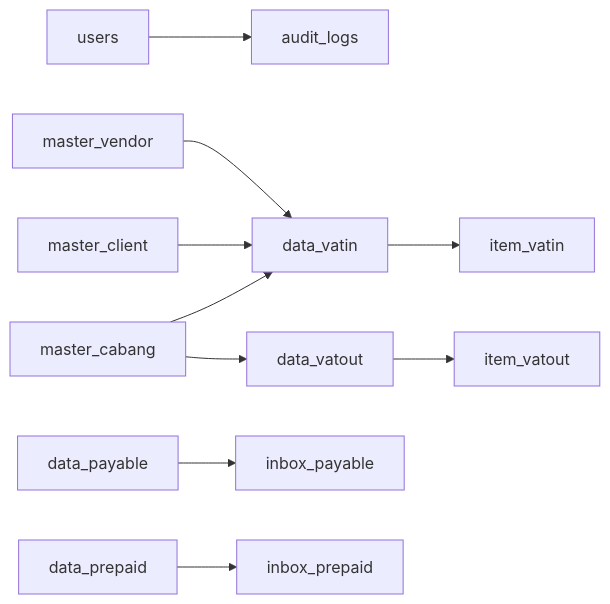
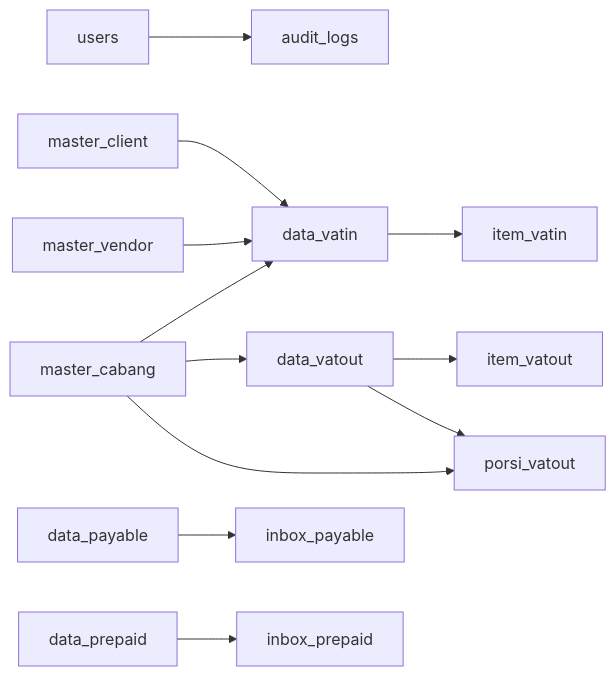
Before and after one commit to rendisiagian/TDS_by_RENDISIAGIAN: the sixth of 6 diagrams in .qoder/repowiki/en/content/Database Schema & Management.md, drawn with Mermaid. The commit also changed other lines of this file and 91 other files, not shown here.

````diff
--- a/.qoder/repowiki/en/content/Database Schema & Management.md
+++ b/.qoder/repowiki/en/content/Database Schema & Management.md
@@ -363,12 +432,14 @@
 ```mermaid
 graph LR
 USERS["users"] --> AUDIT["audit_logs"]
 MASTER_CABANG["master_cabang"] --> DATA_VATIN["data_vatin"]
 MASTER_CABANG --> DATA_VATOUT["data_vatout"]
 MASTER_CLIENT["master_client"] --> DATA_VATIN
 MASTER_VENDOR["master_vendor"] --> DATA_VATIN
 DATA_VATIN --> ITEM_VATIN["item_vatin"]
 DATA_VATOUT --> ITEM_VATOUT["item_vatout"]
+DATA_VATOUT --> PORSI_VATOUT["porsi_vatout"]
+MASTER_CABANG --> PORSI_VATOUT
 DATA_PAYABLE["data_payable"] --> INBOX_PAYABLE["inbox_payable"]
 DATA_PREPAID["data_prepaid"] --> INBOX_PREPAID["inbox_prepaid"]
 ```
````
